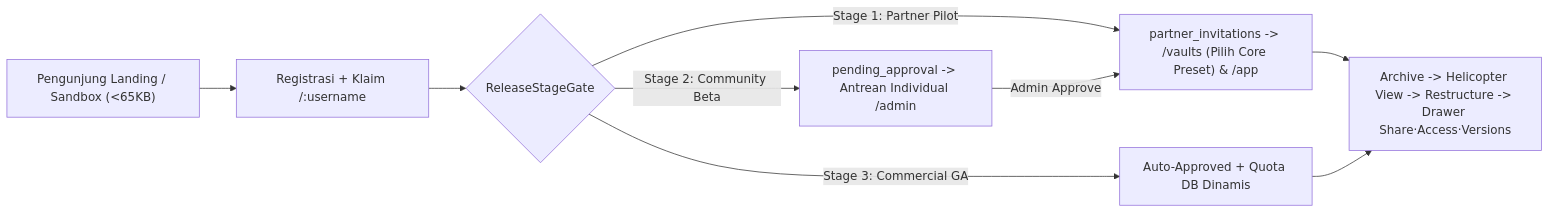
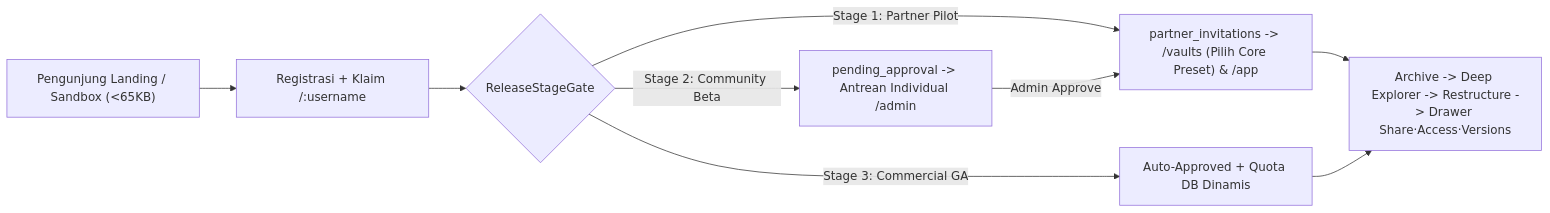
One commit to mjd-code/obmap-meed changed the diagram in docs/02-planning/prd.md. Above: the diagram before and after it, drawn with Mermaid. The commit also changed other lines of this file and 87 other files, not shown here.

````diff
--- a/docs/02-planning/prd.md
+++ b/docs/02-planning/prd.md
@@ -45,11 +46,11 @@
 ```mermaid
 flowchart LR
     V["Pengunjung Landing / Sandbox (<65KB)"] --> R["Registrasi + Klaim /:username"]
     R --> G{"ReleaseStageGate"}
     G -->|"Stage 1: Partner Pilot"| P1["partner_invitations -> /vaults (Pilih Core Preset) & /app"]
     G -->|"Stage 2: Community Beta"| P2["pending_approval -> Antrean Individual /admin"]
     P2 -->|"Admin Approve"| P1
     G -->|"Stage 3: Commercial GA"| P3["Auto-Approved + Quota DB Dinamis"]
-    P1 --> W["Archive -> Helicopter View -> Restructure -> Drawer Share·Access·Versions"]
+    P1 --> W["Archive -> Deep Explorer -> Restructure -> Drawer Share·Access·Versions"]
     P3 --> W
 ```
````
